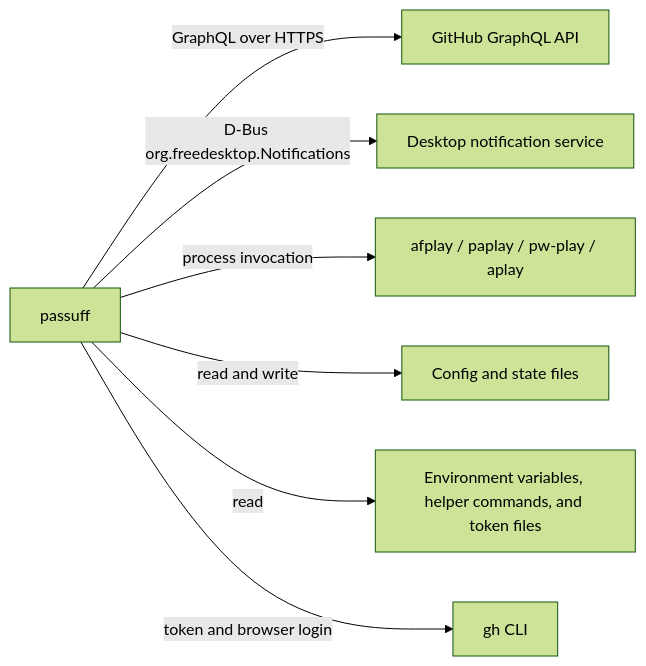
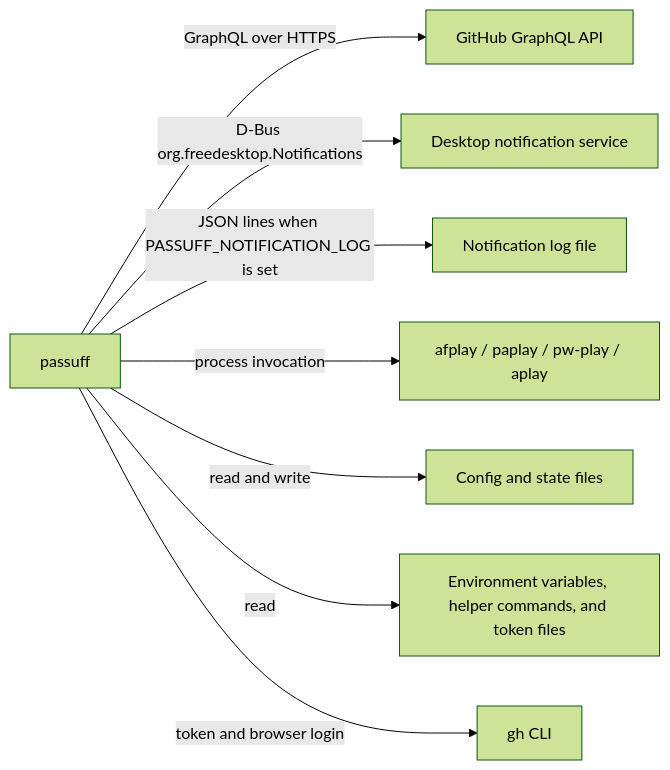
Before and after one commit to buster/passuff: the second of 2 diagrams in docs/arc42/03-context-and-scope.md, drawn with Mermaid (forest theme). The commit also changed other lines of this file and 1 other file, not shown here.

First line of the commit message:
docs(reference): state the wire contract, the notification seam, and the visible strings

````diff
--- a/docs/arc42/03-context-and-scope.md
+++ b/docs/arc42/03-context-and-scope.md
@@ -27,9 +27,10 @@
 ```mermaid
 flowchart LR
-    passuff["passuff"] -->|GraphQL over HTTPS| github["GitHub GraphQL API"]
+    passuff -->|GraphQL over HTTPS| github["GitHub GraphQL API"]
     passuff -->|D-Bus org.freedesktop.Notifications| desktop["Desktop notification service"]
+    passuff -->|JSON lines when PASSUFF_NOTIFICATION_LOG is set| log["Notification log file"]
     passuff -->|process invocation| player["afplay / paplay / pw-play / aplay"]
     passuff -->|read and write| files["Config and state files"]
     passuff -->|read| credentials["Environment variables, helper commands, and token files"]
     passuff -->|token and browser login| ghcli["gh CLI"]
 ```
````
